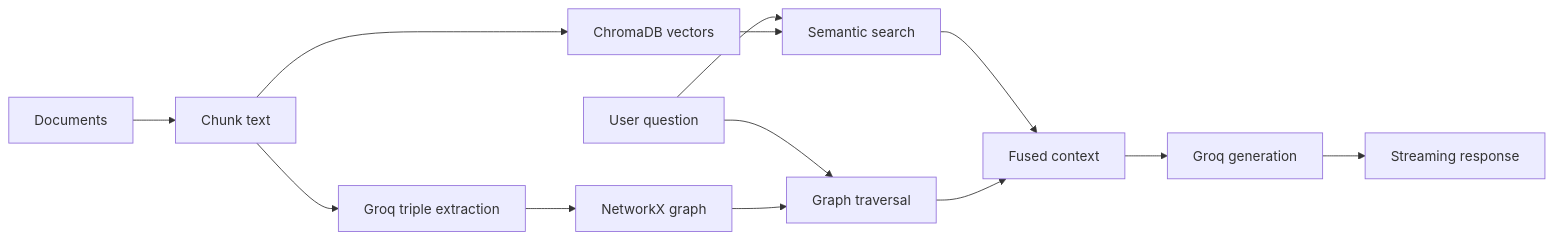
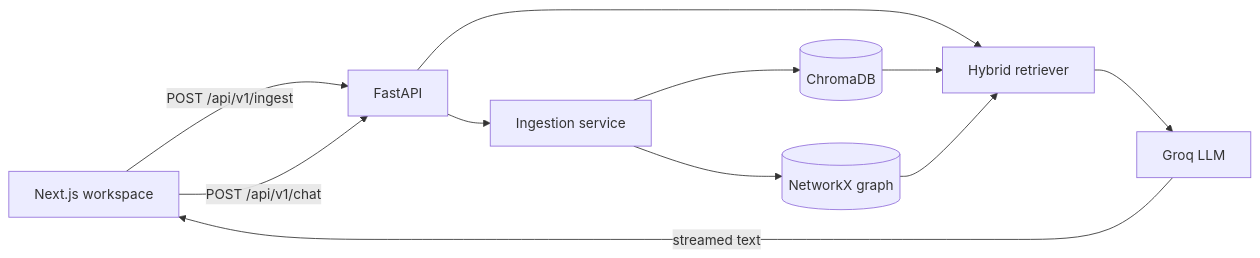
The diagram in README.md (alenAlex707/grag), drawn with Mermaid before and after one commit. The commit also changed other lines of this file and 1 other file, not shown here.

````diff
--- a/README.md
+++ b/README.md
@@ -10,16 +10,13 @@
 ```mermaid
 flowchart LR
-    D[Documents] --> C[Chunk text]
-    C --> V[ChromaDB vectors]
-    C --> E[Groq triple extraction]
-    E --> G[NetworkX graph]
-
-    Q[User question] --> S[Semantic search]
-    Q --> T[Graph traversal]
-    V --> S
-    G --> T
-    S --> F[Fused context]
-    T --> F
-    F --> L[Groq generation]
-    L --> R[Streaming response]
+    UI[Next.js workspace] -->|POST /api/v1/ingest| API[FastAPI]
+    UI -->|POST /api/v1/chat| API
+    API --> I[Ingestion service]
+    I --> C[(ChromaDB)]
+    I --> G[(NetworkX graph)]
+    API --> R[Hybrid retriever]
+    C --> R
+    G --> R
+    R --> L[Groq LLM]
+    L -->|streamed text| UI
 ```
````
